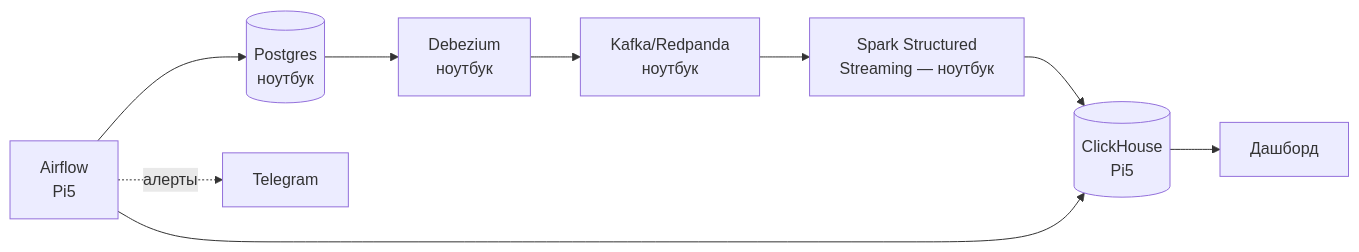
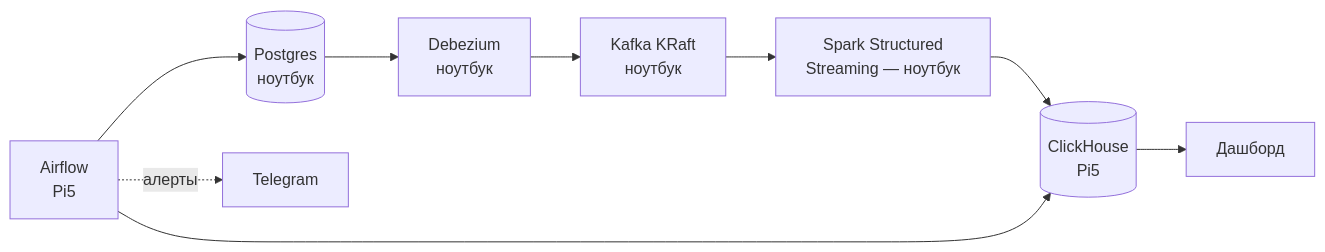
The diagram in PRD-retail-cdc-platform.md (antbtv/shop_flow), drawn with Mermaid before and after one commit. The commit also changed other lines of this file and 4 other files, not shown here.

````diff
--- a/PRD-retail-cdc-platform.md
+++ b/PRD-retail-cdc-platform.md
@@ -166,11 +166,11 @@
 ```mermaid
 flowchart LR
     PG[(Postgres<br/>ноутбук)] --> CDC[Debezium<br/>ноутбук]
-    CDC --> MQ[Kafka/Redpanda<br/>ноутбук]
+    CDC --> MQ[Kafka KRaft<br/>ноутбук]
     MQ --> SPARK[Spark Structured<br/>Streaming — ноутбук]
     SPARK --> CH[(ClickHouse<br/>Pi5)]
     AF[Airflow<br/>Pi5] --> CH
     AF --> PG
     CH --> DASH[Дашборд]
     AF -.алерты.-> TG[Telegram]
 ```
````
